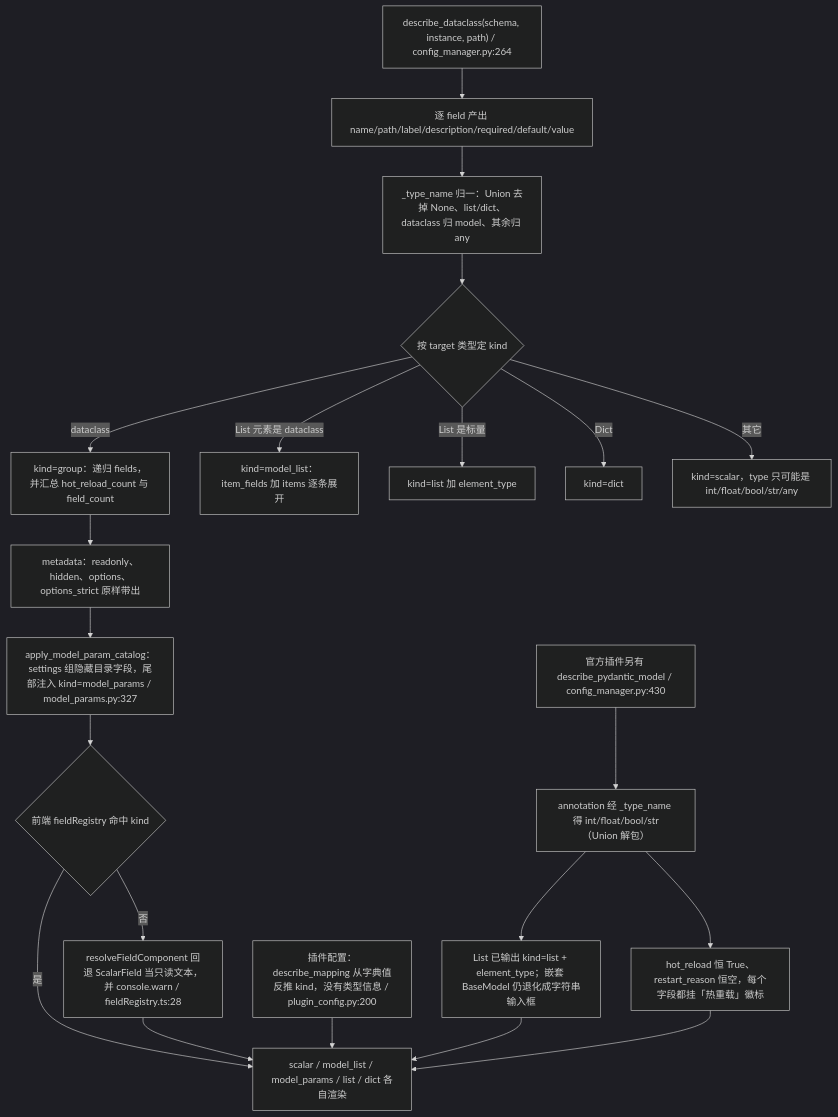
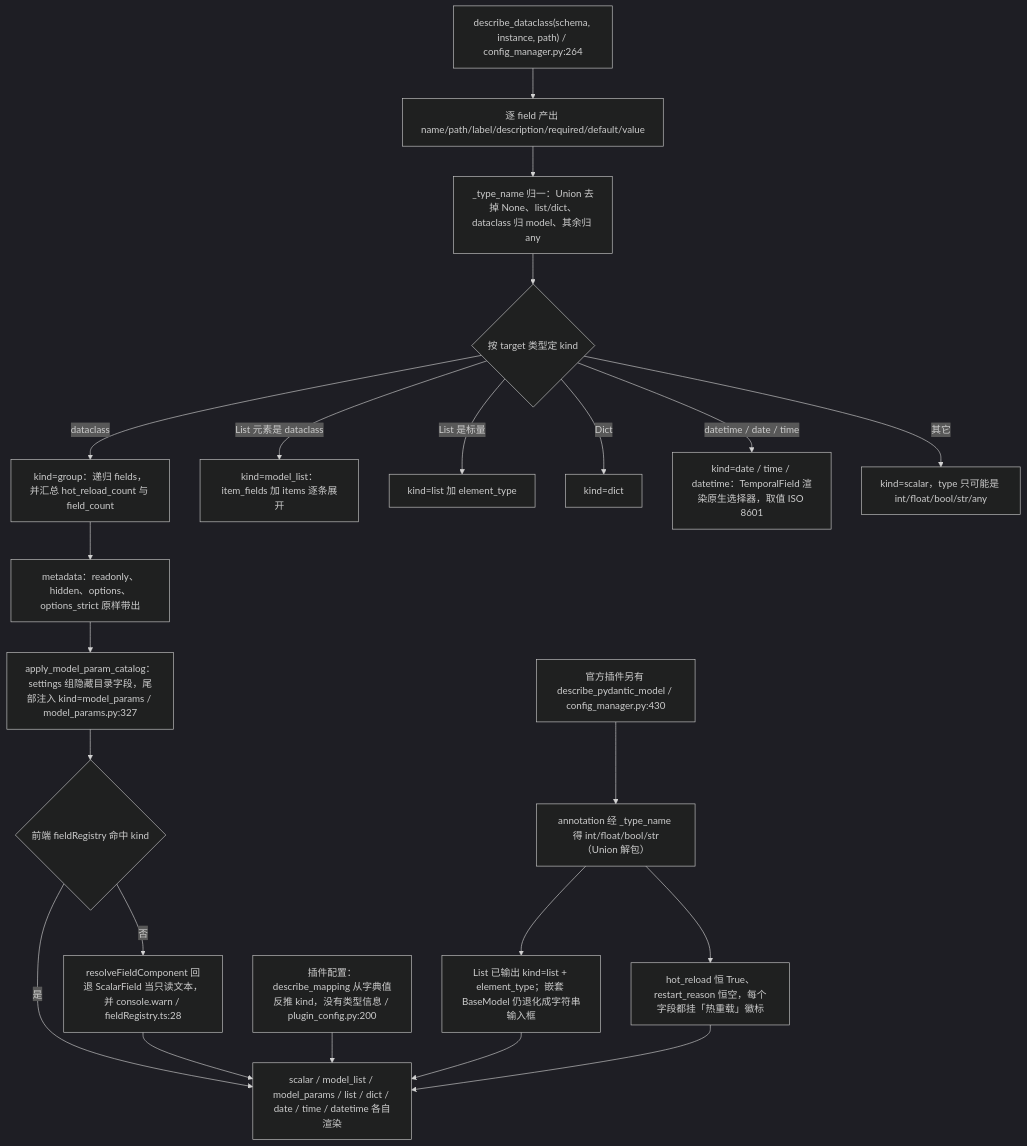
The fourth of 13 diagrams in docs/flow/09c-dashboard-config.md (SuperQuail/NeoBot), drawn with Mermaid (dark theme) before and after one commit. The commit also changed other lines of this file and 2 other files, not shown here.

First line of the commit message:
docs(flow): 更新配置与面板流程图的校验戳

````diff
--- a/docs/flow/09c-dashboard-config.md
+++ b/docs/flow/09c-dashboard-config.md
@@ -217,23 +217,24 @@
 ```mermaid
 flowchart TD
     A["describe_dataclass(schema, instance, path) / config_manager.py:264"] --> B["逐 field 产出 name/path/label/description/required/default/value"]
     B --> C["_type_name 归一：Union 去掉 None、list/dict、dataclass 归 model、其余归 any"]
     C --> D{"按 target 类型定 kind"}
     D -- dataclass --> D1["kind=group：递归 fields，并汇总 hot_reload_count 与 field_count"]
     D -- List 元素是 dataclass --> D2["kind=model_list：item_fields 加 items 逐条展开"]
     D -- List 是标量 --> D3["kind=list 加 element_type"]
     D -- Dict --> D4["kind=dict"]
+    D -- datetime / date / time --> D6["kind=date / time / datetime：TemporalField 渲染原生选择器，取值 ISO 8601"]
     D -- 其它 --> D5["kind=scalar，type 只可能是 int/float/bool/str/any"]
     D1 --> E["metadata：readonly、hidden、options、options_strict 原样带出"]
     E --> F["apply_model_param_catalog：settings 组隐藏目录字段，尾部注入 kind=model_params / model_params.py:327"]
     F --> G{"前端 fieldRegistry 命中 kind"}
     G -- 否 --> G1["resolveFieldComponent 回退 ScalarField 当只读文本，并 console.warn / fieldRegistry.ts:28"]
-    G -- 是 --> H["scalar / model_list / model_params / list / dict 各自渲染"]
+    G -- 是 --> H["scalar / model_list / model_params / list / dict / date / time / datetime 各自渲染"]
     G1 --> H
     I["插件配置：describe_mapping 从字典值反推 kind，没有类型信息 / plugin_config.py:200"] --> H
     J["官方插件另有 describe_pydantic_model / config_manager.py:430"] --> K["annotation 经 _type_name 得 int/float/bool/str（Union 解包）"]
     K --> L["List 已输出 kind=list + element_type；嵌套 BaseModel 仍退化成字符串输入框"]
     K --> M["hot_reload 恒 True、restart_reason 恒空，每个字段都挂「热重载」徽标"]
     L --> H
     M --> H
 ```
````
